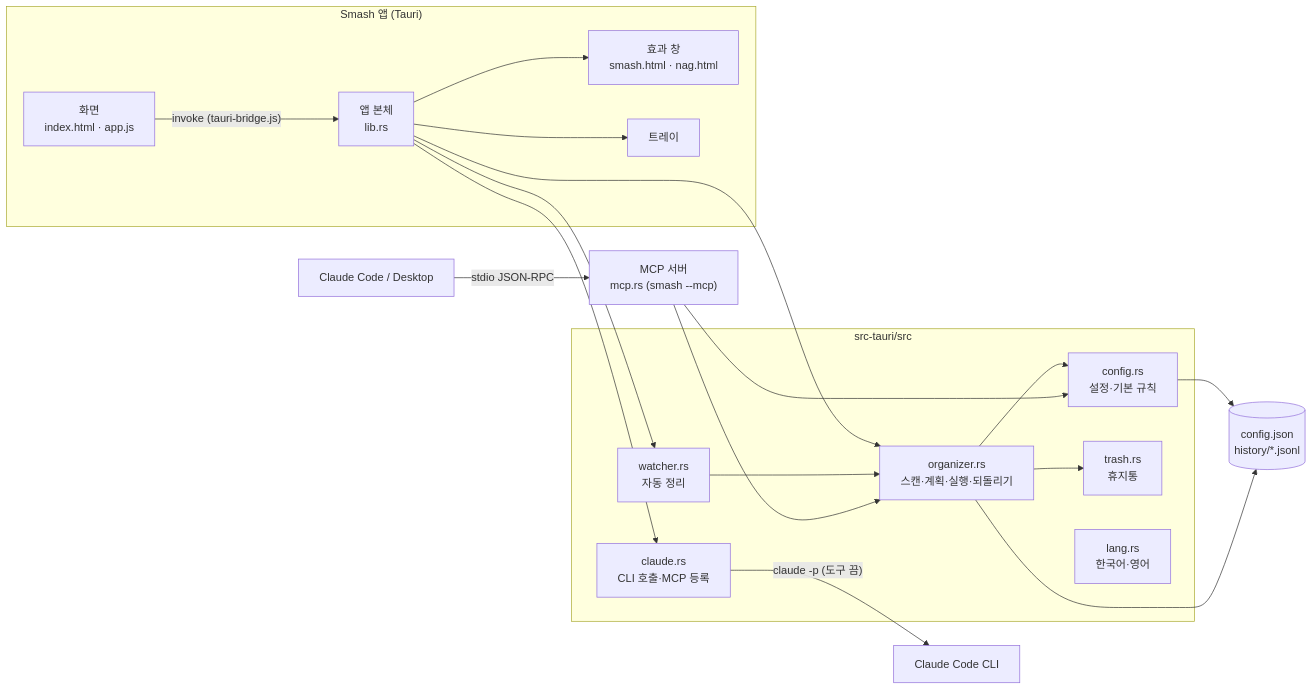
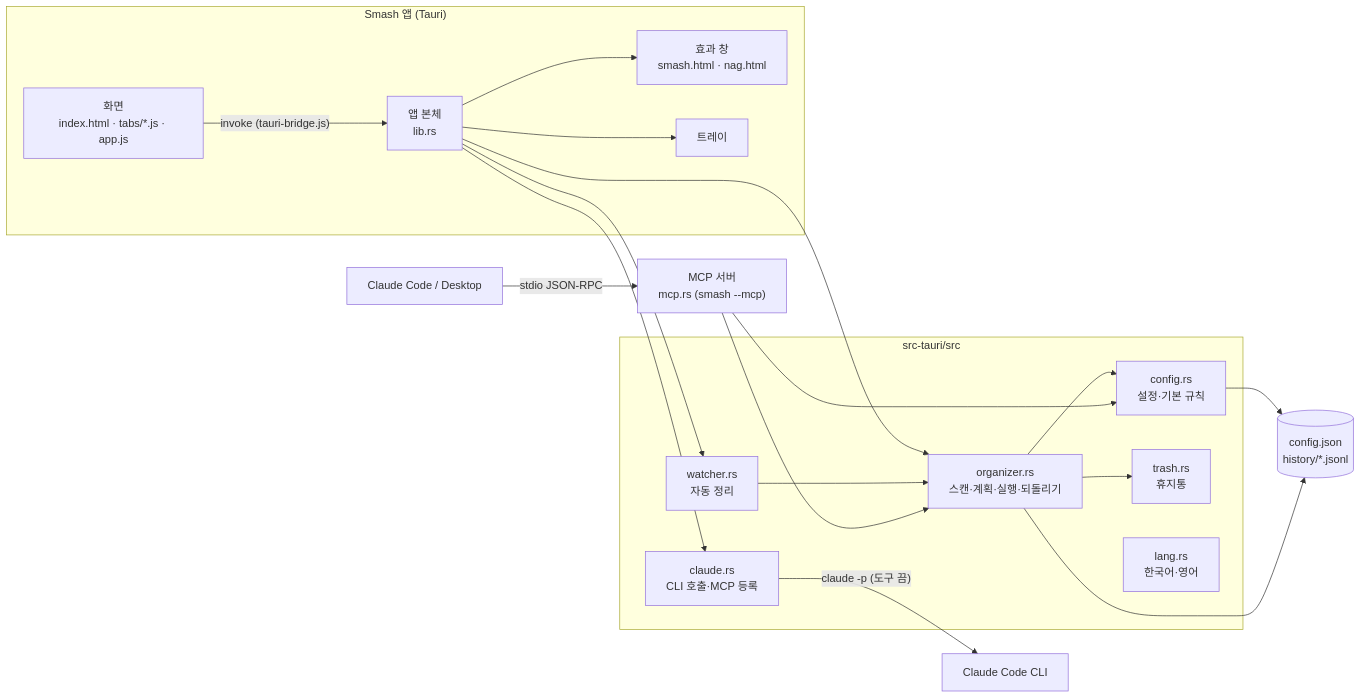
One commit to ESeungJun/smash changed the diagram in docs/설계서.md. Above: the diagram before and after it, drawn with Mermaid. The commit also changed 2 other files, not shown here.

Commit message:
docs(구현도): 본 화면 스크립트 구조를 나눈 뒤 기준으로, 리팩토링 실측 기록 (#1)
- 구현도: 폴더 구조, 본 화면 스크립트 구조(설계도·파일별 역할·시작 순서·이벤트 분기 순서), 정리하기 흐름의 화면 쪽 이름
- 설계서: 화면 상자 이름
- 리팩토링 문서: 실측 결과(줄 수, 처리기 길이, 테스트, DOM 대조, 스크린샷)

Claude-Session: https://claude.ai/code/session_01AH2xhguCbFwaA4GnvJXNqp

````diff
--- a/docs/설계서.md
+++ b/docs/설계서.md
@@ -31,28 +31,28 @@
 ```mermaid
 flowchart LR
   subgraph App["Smash 앱 (Tauri)"]
-    R["화면<br/>index.html · app.js"] -- "invoke (tauri-bridge.js)" --> M["앱 본체<br/>lib.rs"]
+    R["화면<br/>index.html · tabs/*.js · app.js"] -- "invoke (tauri-bridge.js)" --> M["앱 본체<br/>lib.rs"]
     M --> FX["효과 창<br/>smash.html · nag.html"]
     M --> T["트레이"]
   end
   subgraph Core["src-tauri/src"]
     O["organizer.rs<br/>스캔·계획·실행·되돌리기"]
     C["config.rs<br/>설정·기본 규칙"]
     W["watcher.rs<br/>자동 정리"]
     CL["claude.rs<br/>CLI 호출·MCP 등록"]
     TR["trash.rs<br/>휴지통"]
     LG["lang.rs<br/>한국어·영어"]
   end
   M --> O
   M --> W
   M --> CL
   O --> TR
   O --> C
   W --> O
   MCP["MCP 서버<br/>mcp.rs (smash --mcp)"] --> O
   MCP --> C
   CC["Claude Code / Desktop"] -- "stdio JSON-RPC" --> MCP
   CL -- "claude -p (도구 끔)" --> CLI["Claude Code CLI"]
   C --> F[("config.json<br/>history/*.jsonl")]
   O --> F
 ```
````
